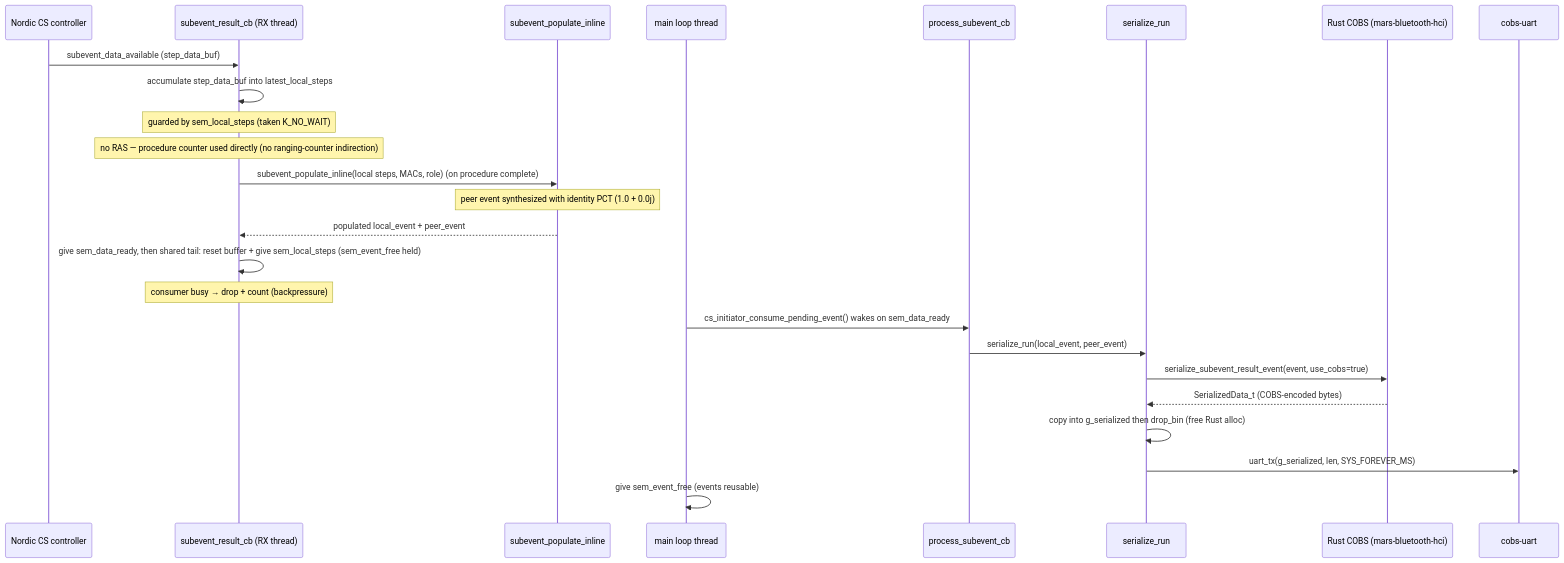
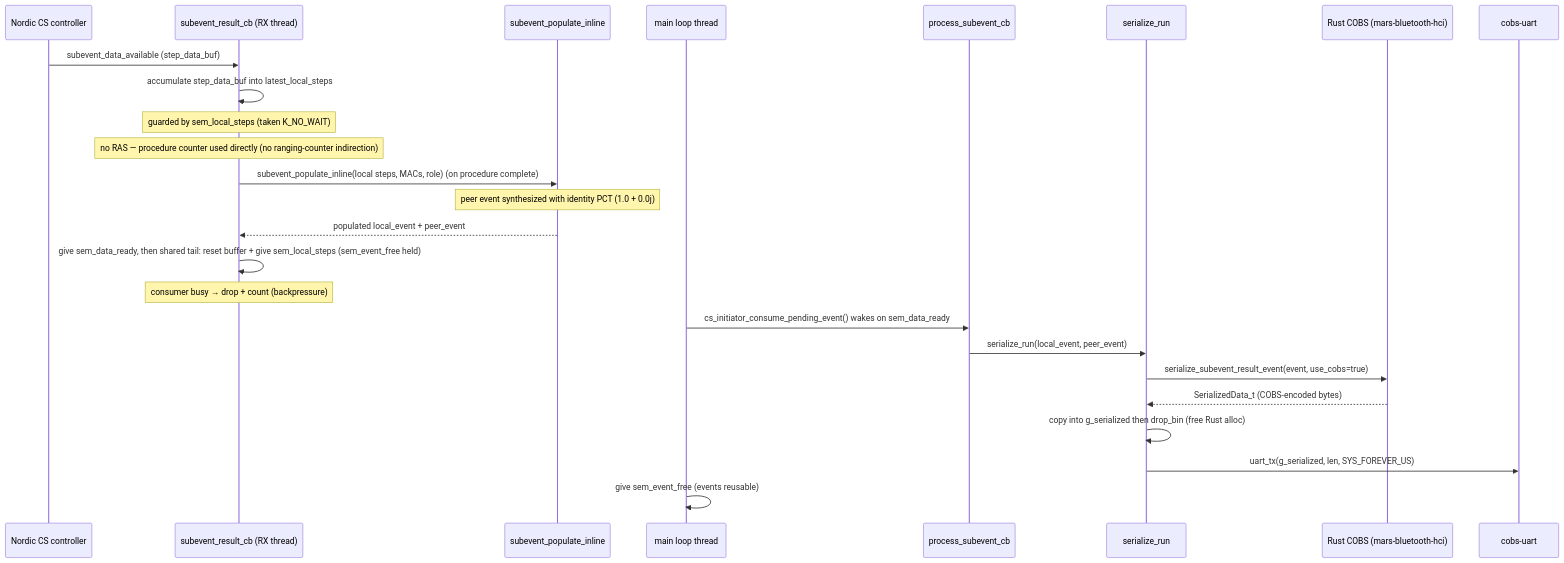
One commit to Metirionic/mars-cs-nrf54l changed the second of 2 diagrams in docs/architecture.md. Above: the diagram before and after it, drawn with Mermaid. The commit also changed other lines of this file and 9 other files, not shown here.

````diff
--- a/docs/architecture.md
+++ b/docs/architecture.md
@@ -302,27 +299,27 @@
 ```mermaid
 sequenceDiagram
     participant CTRL as Nordic CS controller
     participant ACC as subevent_result_cb (RX thread)
     participant POP as subevent_populate_inline
     participant MAIN as main loop thread
     participant CB as process_subevent_cb
     participant SER as serialize_run
     participant RUST as Rust COBS (mars-bluetooth-hci)
     participant UART as cobs-uart
     CTRL->>ACC: subevent_data_available (step_data_buf)
     ACC->>ACC: accumulate step_data_buf into latest_local_steps
     Note over ACC: guarded by sem_local_steps (taken K_NO_WAIT)
     Note over ACC: no RAS — procedure counter used directly (no ranging-counter indirection)
     ACC->>POP: subevent_populate_inline(local steps, MACs, role) (on procedure complete)
     Note over POP: peer event synthesized with identity PCT (1.0 + 0.0j)
     POP-->>ACC: populated local_event + peer_event
     ACC->>ACC: give sem_data_ready, then shared tail: reset buffer + give sem_local_steps (sem_event_free held)
     Note over ACC: consumer busy → drop + count (backpressure)
     MAIN->>CB: cs_initiator_consume_pending_event() wakes on sem_data_ready
     CB->>SER: serialize_run(local_event, peer_event)
     SER->>RUST: serialize_subevent_result_event(event, use_cobs=true)
     RUST-->>SER: SerializedData_t (COBS-encoded bytes)
     SER->>SER: copy into g_serialized then drop_bin (free Rust alloc)
-    SER->>UART: uart_tx(g_serialized, len, SYS_FOREVER_MS)
+    SER->>UART: uart_tx(g_serialized, len, SYS_FOREVER_US)
     MAIN->>MAIN: give sem_event_free (events reusable)
 ```
````
